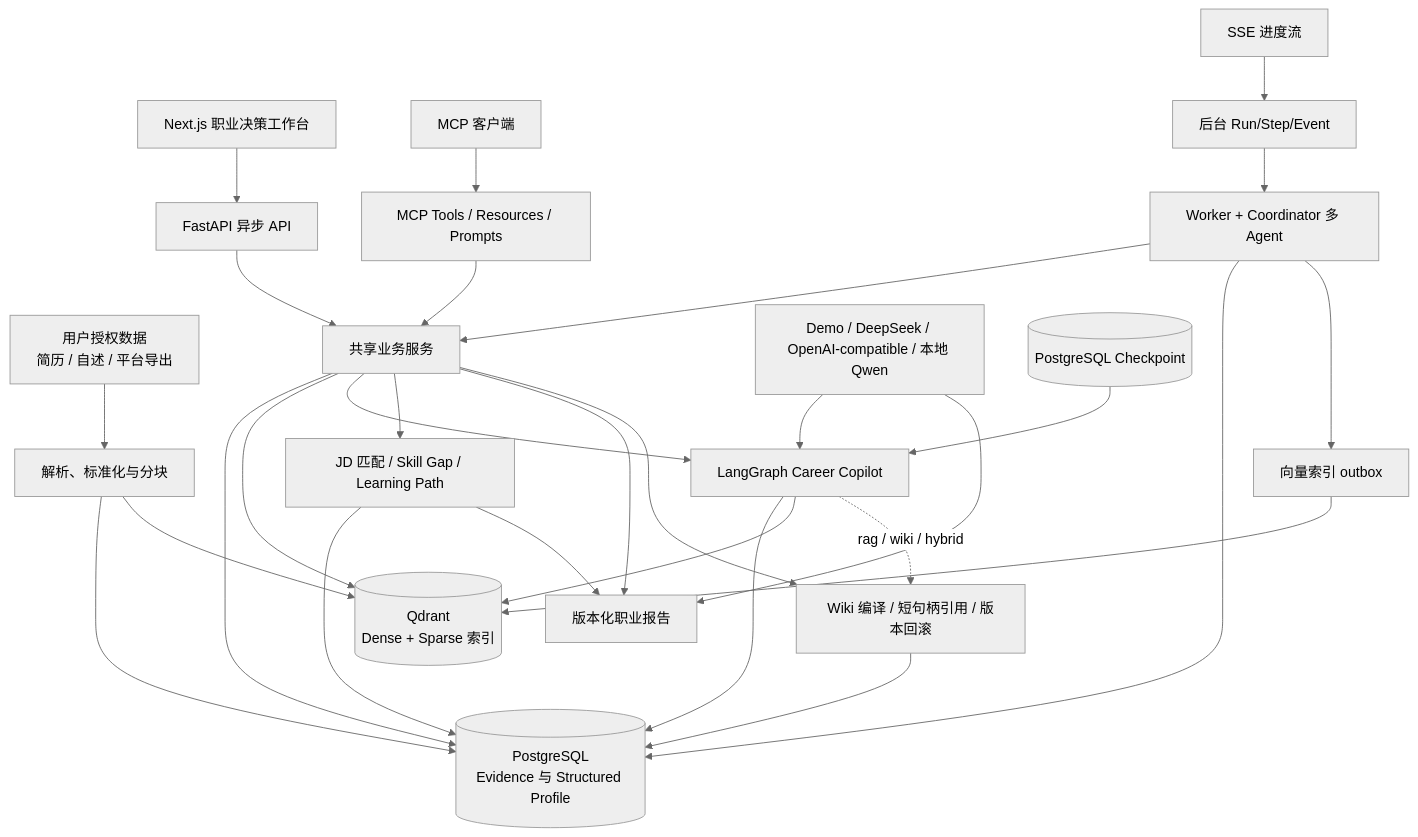
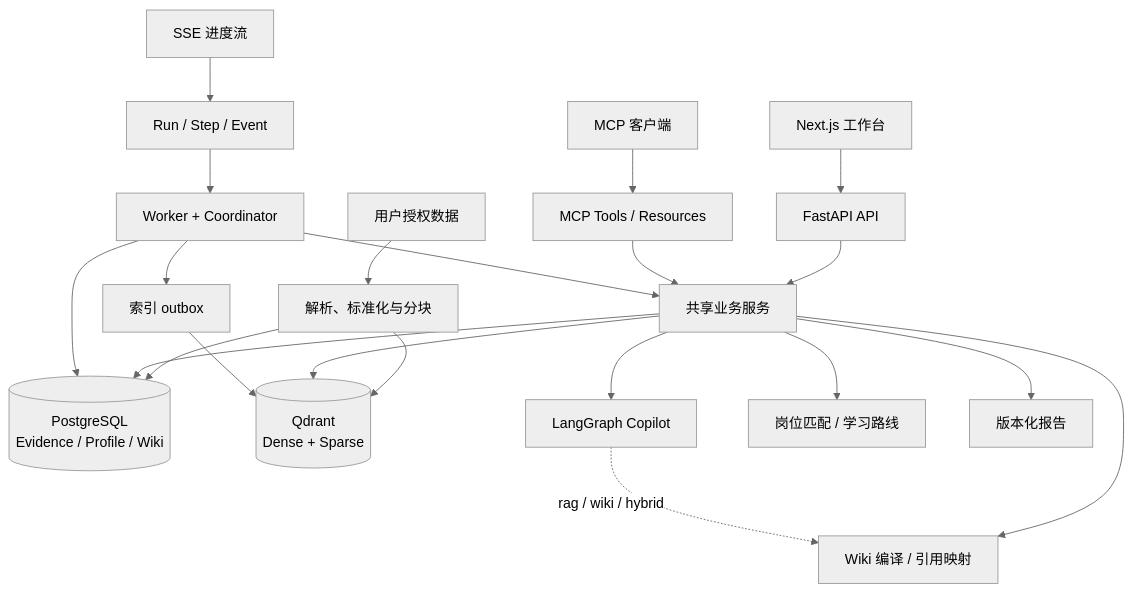
One commit to wenmo-yu/careerlens changed the diagram in README.md. Above: the diagram before and after it, drawn with Mermaid (neutral theme). The commit also changed other lines of this file, not shown here.

````diff
--- a/README.md
+++ b/README.md
@@ -67,31 +96,20 @@
 ```mermaid
 flowchart TD
-    U[用户授权数据<br/>简历 / 自述 / 平台导出] --> I[解析、标准化与分块]
-    I --> E[(PostgreSQL<br/>Evidence 与 Structured Profile)]
-    I --> Q[(Qdrant<br/>Dense + Sparse 索引)]
-    W[Next.js 职业决策工作台] --> A[FastAPI 异步 API]
-    C[MCP 客户端] --> M[MCP Tools / Resources / Prompts]
-    M --> S[共享业务服务]
-    A --> S
-    S --> E
-    S --> Q
-    S --> G[LangGraph Career Copilot]
-    S --> J[JD 匹配 / Skill Gap / Learning Path]
-    S --> R[版本化职业报告]
-    S --> K[Wiki 编译 / 短句柄引用 / 版本回滚]
-    K --> E
-    G --> E
-    G --> Q
+    U[用户授权数据] --> I[解析、标准化与分块]
+    I --> E[(PostgreSQL<br/>Evidence / Profile / Wiki)]
+    I --> Q[(Qdrant<br/>Dense + Sparse)]
+    W[Next.js 工作台] --> A[FastAPI API]
+    C[MCP 客户端] --> M[MCP Tools / Resources]
+    A --> S[共享业务服务]
+    M --> S
+    S --> E & Q
+    S --> G[LangGraph Copilot]
+    S --> J[岗位匹配 / 学习路线]
+    S --> R[版本化报告]
+    S --> K[Wiki 编译 / 引用映射]
     G -.rag / wiki / hybrid.-> K
-    J --> E
-    J --> R
-    L[Demo / DeepSeek / OpenAI-compatible / 本地 Qwen] --> G
-    L --> R
-    P[(PostgreSQL Checkpoint)] --> G
-    B[后台 Run/Step/Event] --> WK[Worker + Coordinator 多 Agent]
-    WK --> S
-    WK --> E
-    WK --> OX[向量索引 outbox]
-    OX --> Q
+    B[Run / Step / Event] --> WK[Worker + Coordinator]
+    WK --> S & E
+    WK --> OX[索引 outbox] --> Q
     SSE[SSE 进度流] --> B
 ```
````
